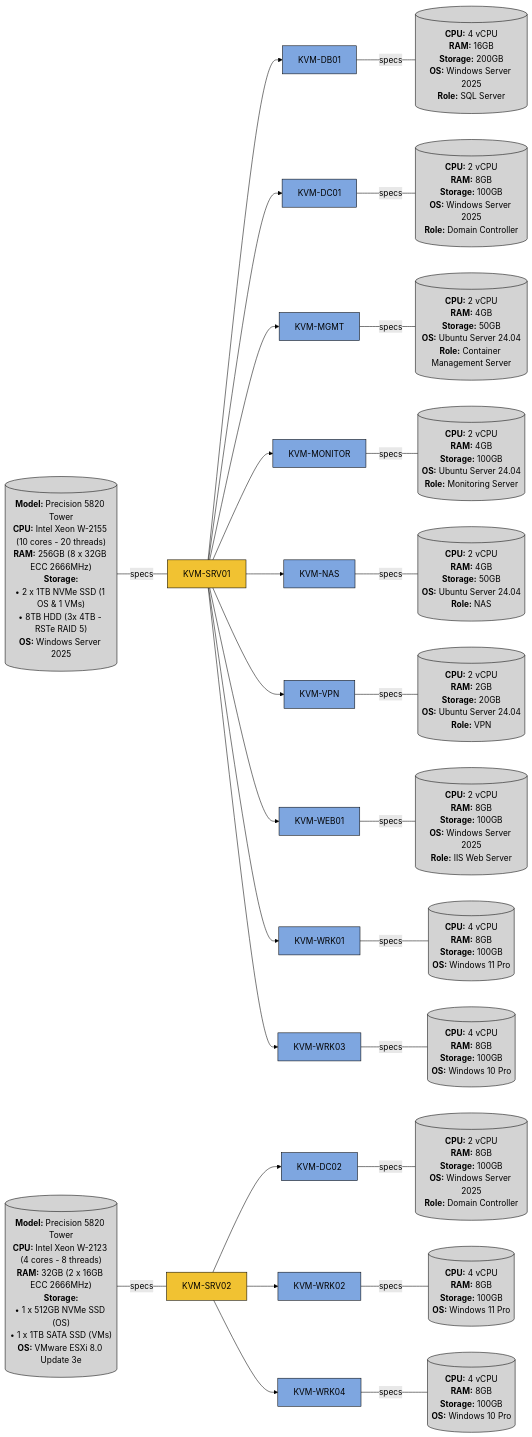
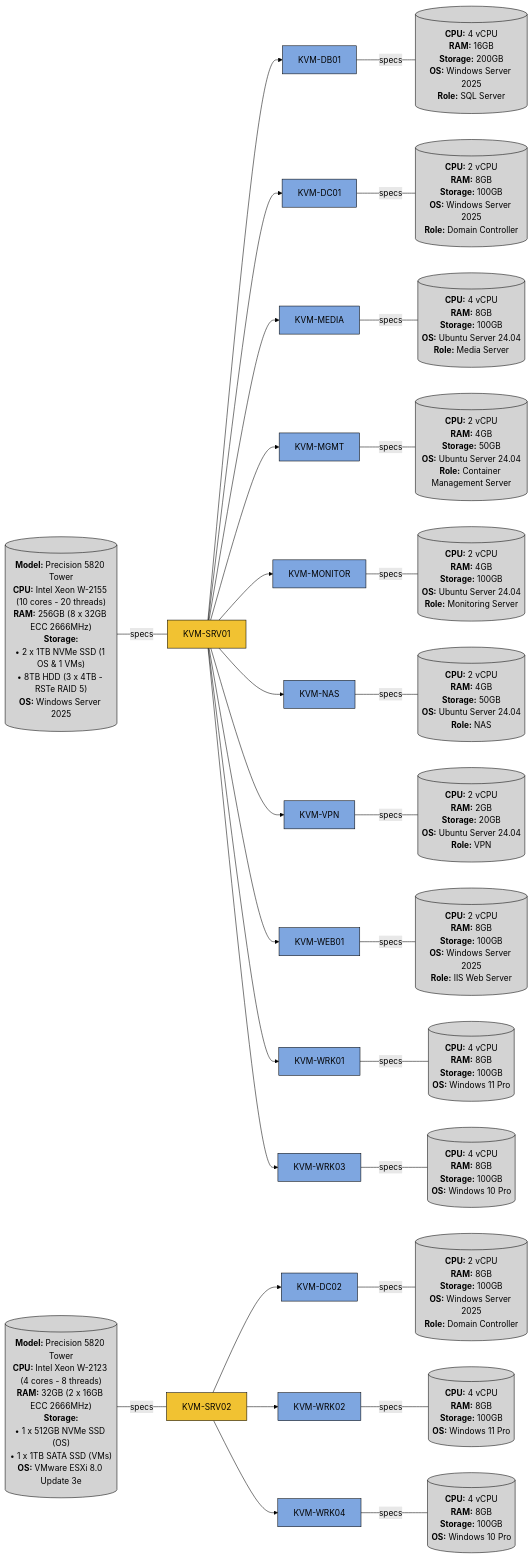
One commit to khangvum/homelab-ansible-config changed the diagram in README.md. Above: the diagram before and after it, drawn with Mermaid (forest theme).

Commit message:
Added KVM-MEDIA

````diff
--- a/README.md
+++ b/README.md
@@ -20,7 +20,7 @@
         **RAM:** 256GB (8 x 32GB ECC 2666MHz)
         **Storage:**
         • 2 x 1TB NVMe SSD (1 OS & 1 VMs)
-        • 8TB HDD (3x 4TB - RSTe RAID 5)
+        • 8TB HDD (3 x 4TB - RSTe RAID 5)
         **OS:** Windows Server 2025`")] -- specs --- SRV01[KVM-SRV01]
     
     %% - VMs
@@ -34,6 +34,11 @@
                                                         **Storage:** 100GB
                                                         **OS:** Windows Server 2025
                                                         **Role:** Domain Controller`")]
+    SRV01 --> MEDIA[KVM-MEDIA] -- specs --- MEDIA_SPECS[("`**CPU:** 4 vCPU
+                                                        **RAM:** 8GB
+                                                        **Storage:** 100GB 
+                                                        **OS:** Ubuntu Server 24.04
+                                                        **Role:** Media Server`")]
     SRV01 --> MGMT[KVM-MGMT] -- specs --- MGMT_SPECS[("`**CPU:** 2 vCPU
                                                         **RAM:** 4GB
                                                         **Storage:** 50GB
@@ -98,8 +103,8 @@
     %% Styling
     class SRV01,SRV02 hosts
     classDef hosts fill:#f1c232,stroke:#000,color:#000
-    class DB01,DC01,DC02,MGMT,MONITOR,NAS,VPN,WEB01,WRK01,WRK02,WRK03,WRK04 vms
+    class DB01,DC01,DC02,MEDIA,MGMT,MONITOR,NAS,VPN,WEB01,WRK01,WRK02,WRK03,WRK04 vms
     classDef vms fill:#7ea6e0,stroke:#000,color:#000
-    class SRV01_SPECS,SRV02_SPECS,DB01_SPECS,DC01_SPECS,DC02_SPECS,MGMT_SPECS,MONITOR_SPECS,NAS_SPECS,VPN_SPECS,WEB01_SPECS,WRK01_SPECS,WRK02_SPECS,WRK03_SPECS,WRK04_SPECS specs
+    class SRV01_SPECS,SRV02_SPECS,DB01_SPECS,DC01_SPECS,DC02_SPECS,MEDIA_SPECS,MGMT_SPECS,MONITOR_SPECS,NAS_SPECS,VPN_SPECS,WEB01_SPECS,WRK01_SPECS,WRK02_SPECS,WRK03_SPECS,WRK04_SPECS specs
     classDef specs fill:#d3d3d3,stroke:#000,color:#000
 ```
````
